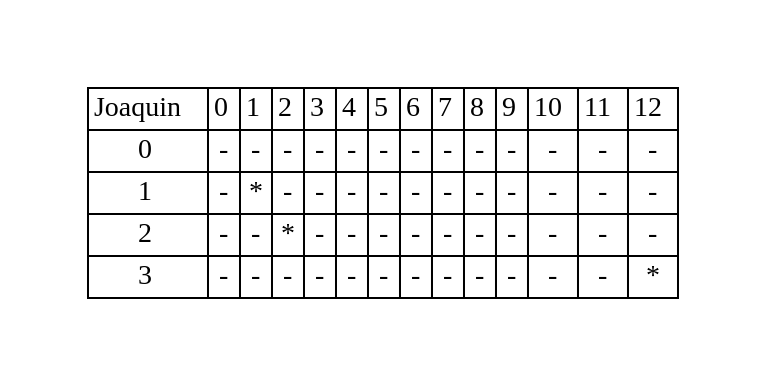
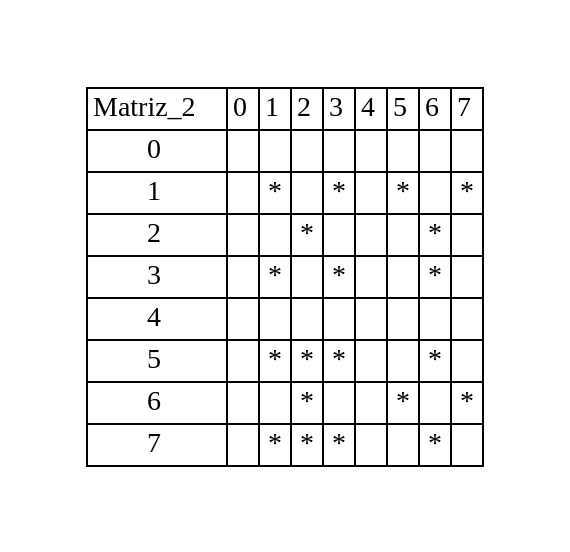
The diagram in grafo.dot (jeach27/IPC2_Proyecto2_201903873), drawn with Graphviz before and after one commit. The commit also changed 6 other files, not shown here.

```diff
--- a/grafo.dot
+++ b/grafo.dot
@@ -1,88 +1,107 @@
 digraph G{
 graph [pad="0.5", nodesep="0.5", ranksep="2"];
   node [shape=plain]
   rankdir=LR; 
 Foo [label=< 
 <table border="0" cellborder="1" cellspacing="0">
 <tr>
-<td>Joaquin</td>
+<td>Matriz_2</td>
 <td>0</td>
 <td>1</td>
 <td>2</td>
 <td>3</td>
 <td>4</td>
 <td>5</td>
 <td>6</td>
 <td>7</td>
-<td>8</td>
-<td>9</td>
-<td>10</td>
-<td>11</td>
-<td>12</td>
 </tr>
 <tr>
 <td>0</td>
-<td>-</td>
-<td>-</td>
-<td>-</td>
-<td>-</td>
-<td>-</td>
-<td>-</td>
-<td>-</td>
-<td>-</td>
-<td>-</td>
-<td>-</td>
-<td>-</td>
-<td>-</td>
-<td>-</td>
+<td> </td>
+<td> </td>
+<td> </td>
+<td> </td>
+<td> </td>
+<td> </td>
+<td> </td>
+<td> </td>
 </tr>
 <tr>
 <td>1</td>
-<td>-</td>
+<td> </td>
 <td>*</td>
-<td>-</td>
-<td>-</td>
-<td>-</td>
-<td>-</td>
-<td>-</td>
-<td>-</td>
-<td>-</td>
-<td>-</td>
-<td>-</td>
-<td>-</td>
-<td>-</td>
+<td> </td>
+<td>*</td>
+<td> </td>
+<td>*</td>
+<td> </td>
+<td>*</td>
 </tr>
 <tr>
 <td>2</td>
-<td>-</td>
-<td>-</td>
+<td> </td>
+<td> </td>
 <td>*</td>
-<td>-</td>
-<td>-</td>
-<td>-</td>
-<td>-</td>
-<td>-</td>
-<td>-</td>
-<td>-</td>
-<td>-</td>
-<td>-</td>
-<td>-</td>
+<td> </td>
+<td> </td>
+<td> </td>
+<td>*</td>
+<td> </td>
 </tr>
 <tr>
 <td>3</td>
-<td>-</td>
-<td>-</td>
-<td>-</td>
-<td>-</td>
-<td>-</td>
-<td>-</td>
-<td>-</td>
-<td>-</td>
-<td>-</td>
-<td>-</td>
-<td>-</td>
-<td>-</td>
+<td> </td>
 <td>*</td>
+<td> </td>
+<td>*</td>
+<td> </td>
+<td> </td>
+<td>*</td>
+<td> </td>
+</tr>
+<tr>
+<td>4</td>
+<td> </td>
+<td> </td>
+<td> </td>
+<td> </td>
+<td> </td>
+<td> </td>
+<td> </td>
+<td> </td>
+</tr>
+<tr>
+<td>5</td>
+<td> </td>
+<td>*</td>
+<td>*</td>
+<td>*</td>
+<td> </td>
+<td> </td>
+<td>*</td>
+<td> </td>
+</tr>
+<tr>
+<td>6</td>
+<td> </td>
+<td> </td>
+<td>*</td>
+<td> </td>
+<td> </td>
+<td>*</td>
+<td> </td>
+<td>*</td>
+</tr>
+<tr>
+<td>7</td>
+<td> </td>
+<td>*</td>
+<td>*</td>
+<td>*</td>
+<td> </td>
+<td> </td>
+<td>*</td>
+<td> </td>
 </tr>
 </table>>];
 }
```
